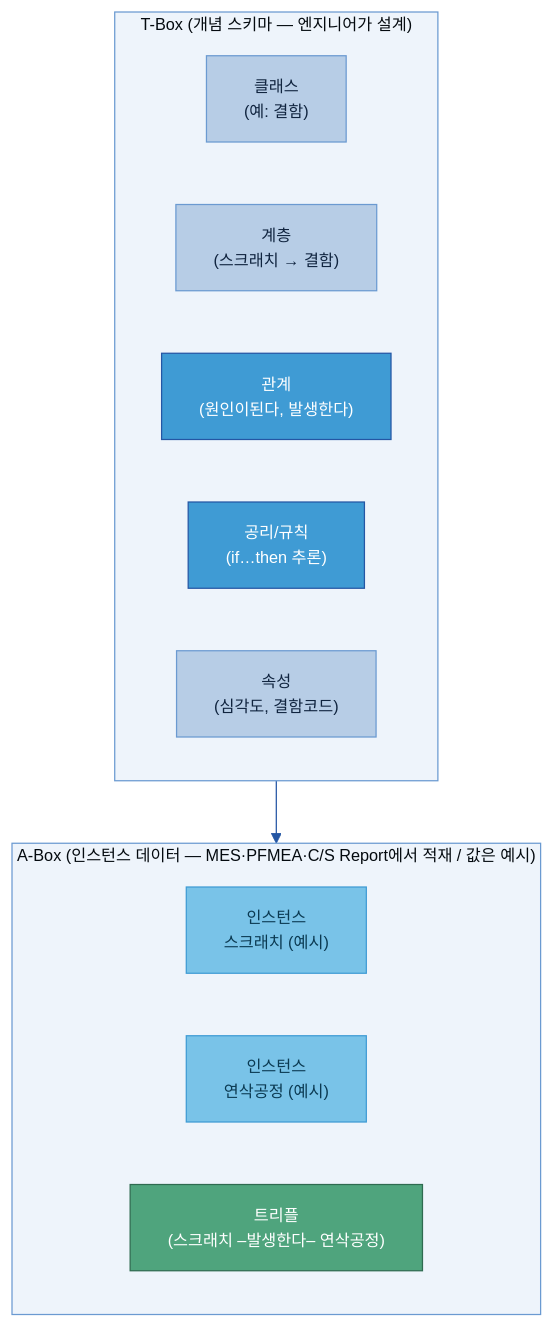
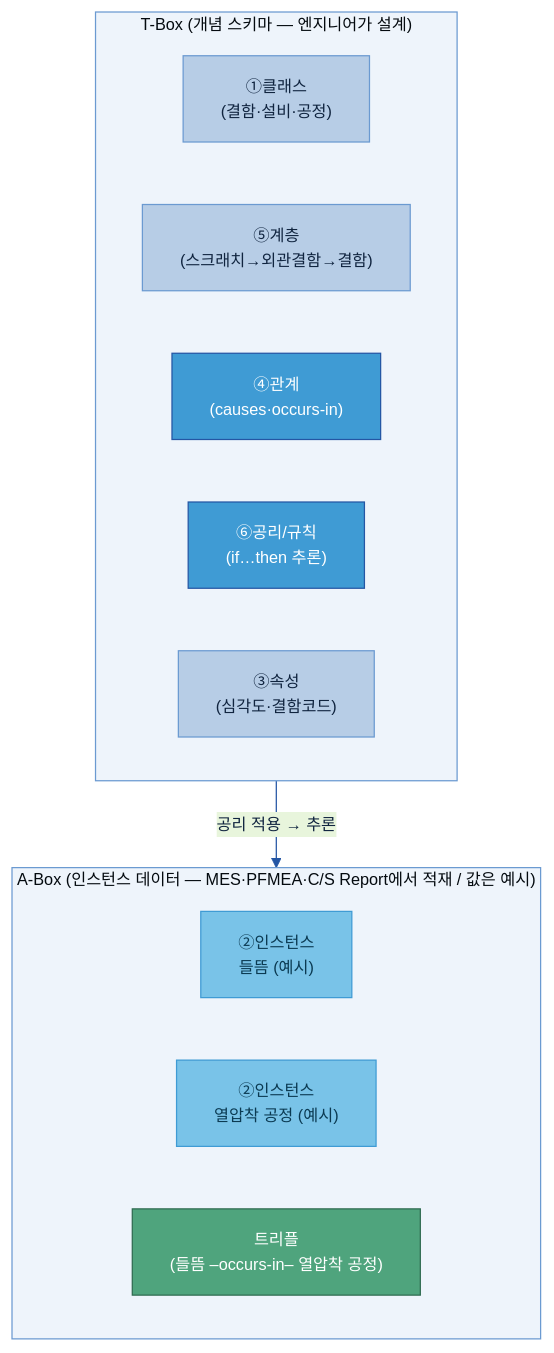
Before and after one commit to jin-kearney/ai-ready-data-manual: the fourth of 14 diagrams in 가이드 작성/B-3 온톨로지/B-3 온톨로지.md, drawn with Mermaid. The commit also changed other lines of this file and 2 other files, not shown here.

````diff
--- a/가이드 작성/B-3 온톨로지/B-3 온톨로지.md
+++ b/가이드 작성/B-3 온톨로지/B-3 온톨로지.md
@@ -348,21 +350,21 @@
 ```mermaid
 %%{init: {'theme':'base','themeVariables':{'primaryColor':'#DCE8F5','primaryBorderColor':'#2456A4','primaryTextColor':'#10243f','lineColor':'#2456A4','clusterBkg':'#EEF4FB','clusterBorder':'#6B9AD1','fontSize':'13px'}}}%%
 flowchart TB
     subgraph TBOX["T-Box (개념 스키마 — 엔지니어가 설계)"]
-        C1["클래스\n(예: 결함)"]:::n
-        C2["계층\n(스크래치 → 결함)"]:::n
-        C3["관계\n(원인이된다, 발생한다)"]:::gate
-        C4["공리/규칙\n(if…then 추론)"]:::gate
-        C5["속성\n(심각도, 결함코드)"]:::n
+        C1["①클래스\n(결함·설비·공정)"]:::n
+        C2["⑤계층\n(스크래치→외관결함→결함)"]:::n
+        C3["④관계\n(causes·occurs-in)"]:::gate
+        C4["⑥공리/규칙\n(if…then 추론)"]:::gate
+        C5["③속성\n(심각도·결함코드)"]:::n
     end
     subgraph ABOX["A-Box (인스턴스 데이터 — MES·PFMEA·C/S Report에서 적재 / 값은 예시)"]
-        I1["인스턴스\n스크래치 (예시)"]:::src
-        I2["인스턴스\n연삭공정 (예시)"]:::src
-        I3["트리플\n(스크래치 –발생한다– 연삭공정)"]:::loop
+        I1["②인스턴스\n들뜸 (예시)"]:::src
+        I2["②인스턴스\n열압착 공정 (예시)"]:::src
+        I3["트리플\n(들뜸 –occurs-in– 열압착 공정)"]:::loop
     end
-    TBOX --> ABOX
+    TBOX -->|"공리 적용 → 추론"| ABOX
     classDef n fill:#B7CDE6,stroke:#6B9AD1,color:#10243f;
     classDef gate fill:#3F9BD4,stroke:#2456A4,color:#fff;
     classDef src fill:#79C3E8,stroke:#3F9BD4,color:#0b3a52;
     classDef loop fill:#4FA47D,stroke:#2f6b50,color:#fff;
 ```
````
